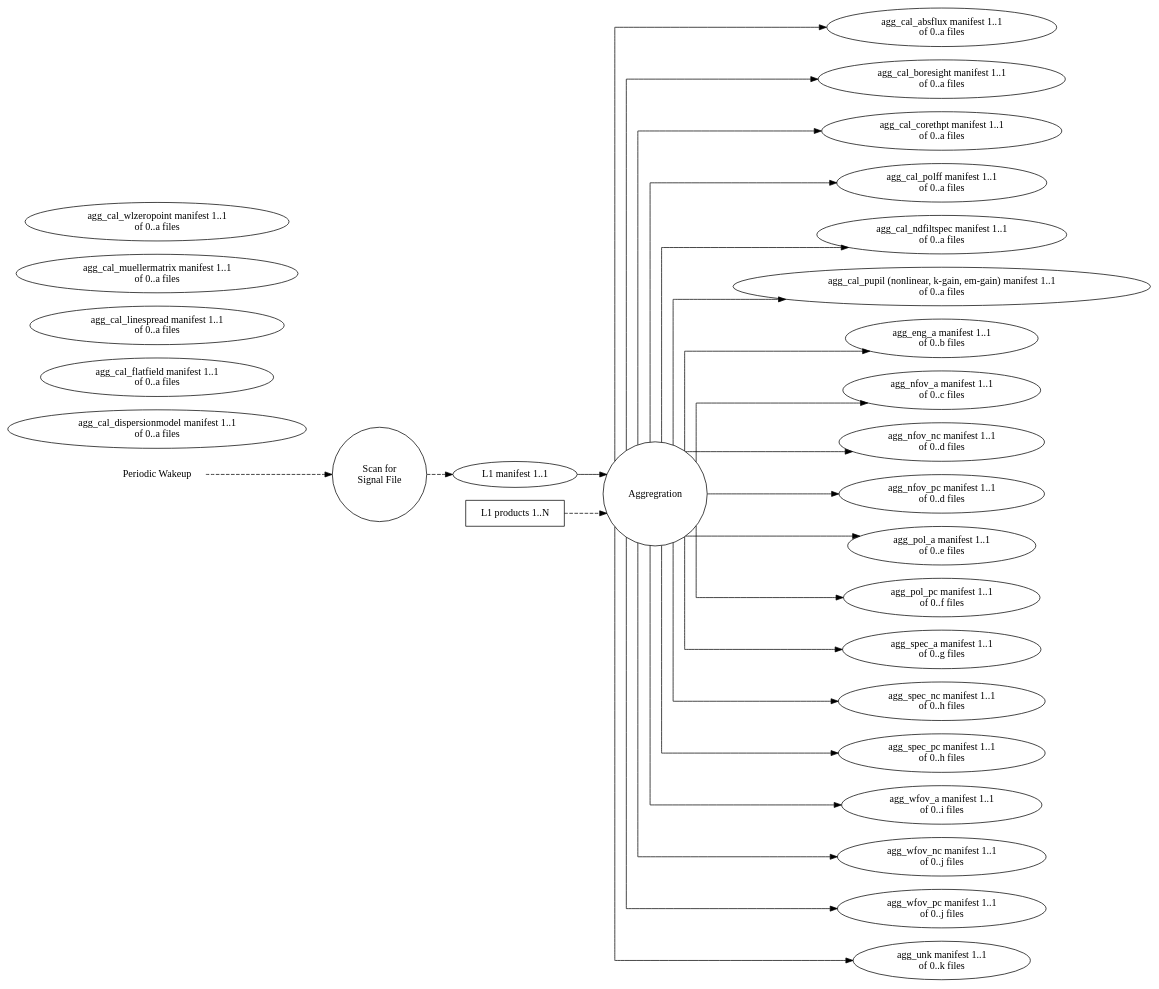
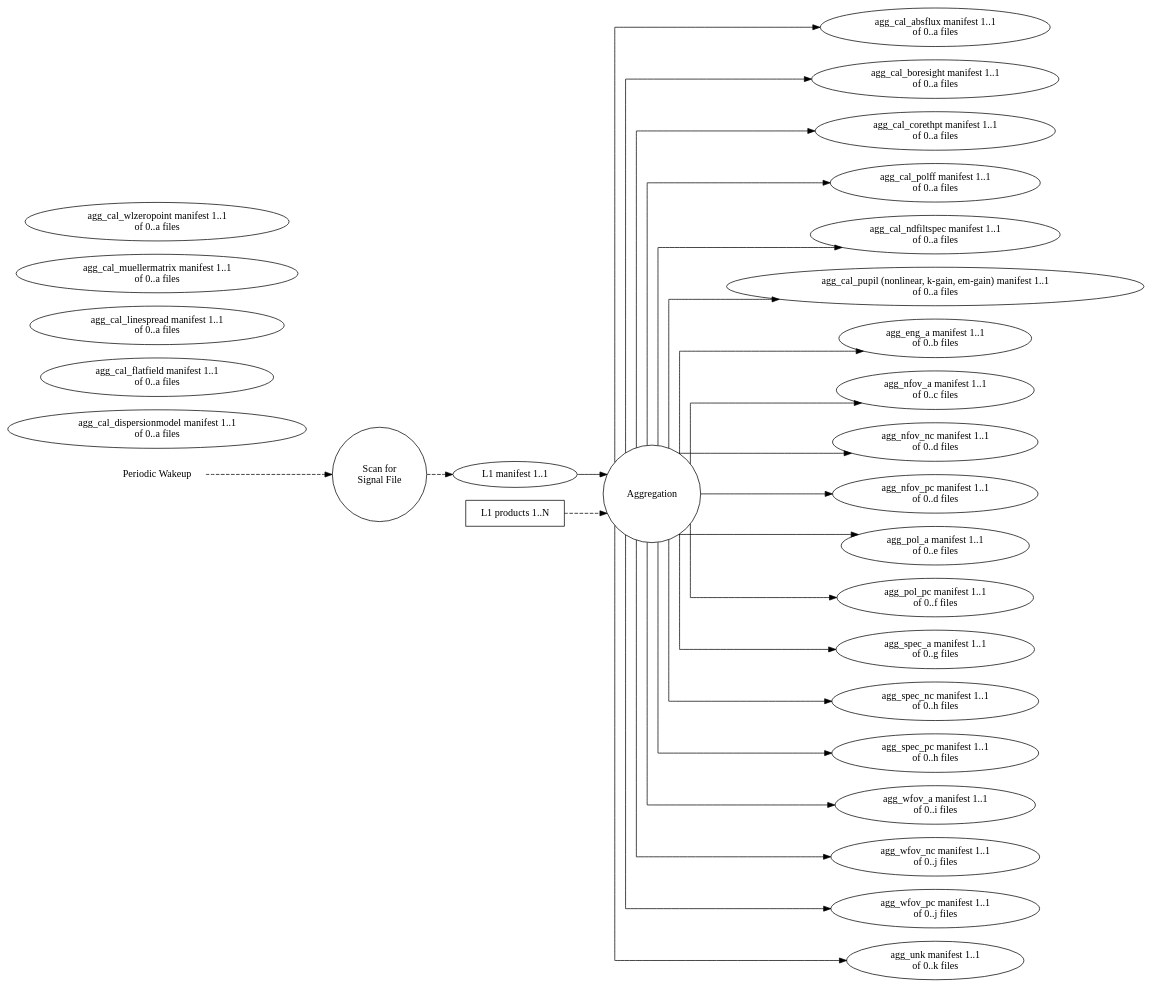
One commit to roman-corgi/ctc-dip changed the diagram in dip/basis/ck_agg.dot. Above: the diagram before and after it, drawn with Graphviz. The commit also changed 1 other file, not shown here.

```diff
--- a/dip/basis/ck_agg.dot
+++ b/dip/basis/ck_agg.dot
@@ -1,139 +1,139 @@
-digraph AggregrationDesign
+digraph AggregationDesign
 {
     graph [splines="ortho", rankdir=LR];
 
     alarm [label="Periodic Wakeup", shape="none"];
     scan [label="Scan for\nSignal File", shape="circle"];
     
-    agg_sort [label="Aggregration", shape="circle",
-              runname="clerk.aggregration"
+    agg_sort [label="Aggregation", shape="circle",
+              runname="clerk.aggregation"
               runtype="dawgie.Algorithm"
               fsmtype="dip.clerk.impls.categorization.AggFSM"];
     
     agg_data [label="L1 products 1..N", shape="rectangle"];
     agg_man [label="L1 manifest 1..1", shape="ellipse",
              valname="clerk.scan.inbound.aggregate",
              valtype="dip.base.Manifest"];
 
     agg_cal_absflux_man [label="agg_cal_absflux manifest 1..1\nof 0..a files",
                          shape="ellipse",
-                         valname="clerk.aggregration.channel.cal_absflux",
+                         valname="clerk.aggregation.channel.cal_absflux",
                          valtype="dip.base.Manifest"];
     agg_cal_boresight_man [label="agg_cal_boresight manifest 1..1\nof 0..a files",
                            shape="ellipse",
-                           valname="clerk.aggregration.channel.cal_boresight",
+                           valname="clerk.aggregation.channel.cal_boresight",
                            valtype="dip.base.Manifest"];
     agg_cal_corethpt_man [label="agg_cal_corethpt manifest 1..1\nof 0..a files",
                           shape="ellipse",
-                          valname="clerk.aggregration.channel.cal_corethpt",
+                          valname="clerk.aggregation.channel.cal_corethpt",
                           valtype="dip.base.Manifest"];
     agg_cal_dpm_man [label="agg_cal_dispersionmodel manifest 1..1\nof 0..a files",
                      shape="ellipse",
-                     valname="clerk.aggregration.channel.cal_dispersionmodel",
+                     valname="clerk.aggregation.channel.cal_dispersionmodel",
                      valtype="dip.base.Manifest"];
     agg_cal_ff_man [label="agg_cal_flatfield manifest 1..1\nof 0..a files",
                     shape="ellipse",
-                    valname="clerk.aggregration.channel.cal_flatfield",
+                    valname="clerk.aggregation.channel.cal_flatfield",
                     valtype="dip.base.Manifest"];
     agg_cal_polff_man [label="agg_cal_polff manifest 1..1\nof 0..a files",
                        shape="ellipse",
-                       valname="clerk.aggregration.channel.cal_polff",
+                       valname="clerk.aggregation.channel.cal_polff",
                        valtype="dip.base.Manifest"];
     agg_cal_lsf_man [label="agg_cal_linespread manifest 1..1\nof 0..a files",
                      shape="ellipse",
-                     valname="clerk.aggregration.channel.cal_linespread",
+                     valname="clerk.aggregation.channel.cal_linespread",
                      valtype="dip.base.Manifest"];
     agg_cal_mm_man [label="agg_cal_muellermatrix manifest 1..1\nof 0..a files",
                     shape="ellipse",
-                    valname="clerk.aggregration.channel.cal_muellermatrix",
+                    valname="clerk.aggregation.channel.cal_muellermatrix",
                     valtype="dip.base.Manifest"];
     agg_cal_ndfiltspec_man [label="agg_cal_ndfiltspec manifest 1..1\nof 0..a files",
                             shape="ellipse",
-                            valname="clerk.aggregration.channel.cal_ndfiltspec",
+                            valname="clerk.aggregation.channel.cal_ndfiltspec",
                             valtype="dip.base.Manifest"];
     agg_cal_pupil_man [label="agg_cal_pupil (nonlinear, k-gain, em-gain) manifest 1..1\nof 0..a files",
                        shape="ellipse",
-                       valname="clerk.aggregration.channel.cal_pupil",
+                       valname="clerk.aggregation.channel.cal_pupil",
                        valtype="dip.base.Manifest"];
     agg_cal_wzp_man [label="agg_cal_wlzeropoint manifest 1..1\nof 0..a files",
                      shape="ellipse",
-                     valname="clerk.aggregration.channel.cal_wlzeropoint",
+                     valname="clerk.aggregation.channel.cal_wlzeropoint",
                      valtype="dip.base.Manifest"];
     agg_eng_a_man [label="agg_eng_a manifest 1..1\nof 0..b files",
                    shape="ellipse",
-                   valname="clerk.aggregration.channel.eng_a",
+                   valname="clerk.aggregation.channel.eng_a",
                    valtype="dip.base.Manifest"];
     agg_nfov_a_man [label="agg_nfov_a manifest 1..1\nof 0..c files",
                     shape="ellipse",
-                    valname="clerk.aggregration.channel.nfov_a",
+                    valname="clerk.aggregation.channel.nfov_a",
                     valtype="dip.base.Manifest"];
     agg_nfov_nc_man [label="agg_nfov_nc manifest 1..1\nof 0..d files",
                      shape="ellipse",
-                     valname="clerk.aggregration.channel.nfov_nc",
+                     valname="clerk.aggregation.channel.nfov_nc",
                      valtype="dip.base.Manifest"];
     agg_nfov_pc_man [label="agg_nfov_pc manifest 1..1\nof 0..d files",
                      shape="ellipse",
-                     valname="clerk.aggregration.channel.nfov_pc",
+                     valname="clerk.aggregation.channel.nfov_pc",
                      valtype="dip.base.Manifest"];
     agg_pol_a_man [label="agg_pol_a manifest 1..1\nof 0..e files",
                    shape="ellipse",
-                   valname="clerk.aggregration.channel.pol_a",
+                   valname="clerk.aggregation.channel.pol_a",
                    valtype="dip.base.Manifest"];
     agg_pol_pc_man [label="agg_pol_pc manifest 1..1\nof 0..f files",
                     shape="ellipse",
-                    valname="clerk.aggregration.channel.pol_pc",
+                    valname="clerk.aggregation.channel.pol_pc",
                     valtype="dip.base.Manifest"];
     agg_spec_a_man [label="agg_spec_a manifest 1..1\nof 0..g files",
                     shape="ellipse",
-                    valname="clerk.aggregration.channel.spec_a",
+                    valname="clerk.aggregation.channel.spec_a",
                     valtype="dip.base.Manifest"];
     agg_spec_nc_man [label="agg_spec_nc manifest 1..1\nof 0..h files",
                      shape="ellipse",
-                     valname="clerk.aggregration.channel.spec_nc",
+                     valname="clerk.aggregation.channel.spec_nc",
                      valtype="dip.base.Manifest"];
     agg_spec_pc_man [label="agg_spec_pc manifest 1..1\nof 0..h files",
                      shape="ellipse",
-                     valname="clerk.aggregration.channel.spec_pc",
+                     valname="clerk.aggregation.channel.spec_pc",
                      valtype="dip.base.Manifest"];
     agg_wfov_a_man [label="agg_wfov_a manifest 1..1\nof 0..i files",
                     shape="ellipse",
-                    valname="clerk.aggregration.channel.wfov_a",
+                    valname="clerk.aggregation.channel.wfov_a",
                     valtype="dip.base.Manifest"];
     agg_wfov_nc_man [label="agg_wfov_nc manifest 1..1\nof 0..j files",
                      shape="ellipse",
-                     valname="clerk.aggregration.channel.wfov_nc",
+                     valname="clerk.aggregation.channel.wfov_nc",
                      valtype="dip.base.Manifest"];
     agg_wfov_pc_man [label="agg_wfov_pc manifest 1..1\nof 0..j files",
                      shape="ellipse",
-                     valname="clerk.aggregration.channel.wfov_pc",
+                     valname="clerk.aggregation.channel.wfov_pc",
                      valtype="dip.base.Manifest"];
     agg_unk_man [label="agg_unk manifest 1..1\nof 0..k files",
                  shape="ellipse",
-                 valname="clerk.aggregration.channel.unk",
+                 valname="clerk.aggregation.channel.unk",
                  valtype="dip.base.Manifest"];
 
     alarm -> scan [style="dashed"];
     scan -> agg_man [style="dashed"];
     agg_data -> agg_sort [style="dashed"];
     agg_man -> agg_sort;
 
     agg_sort -> agg_cal_absflux_man;
     agg_sort -> agg_cal_boresight_man;
     agg_sort -> agg_cal_corethpt_man;
     agg_sort -> agg_cal_polff_man;
     agg_sort -> agg_cal_ndfiltspec_man;
     agg_sort -> agg_cal_pupil_man;
     agg_sort -> agg_eng_a_man;
     agg_sort -> agg_nfov_a_man;
     agg_sort -> agg_nfov_nc_man;
     agg_sort -> agg_nfov_pc_man;
     agg_sort -> agg_pol_a_man;
     agg_sort -> agg_pol_pc_man;
     agg_sort -> agg_spec_a_man;
     agg_sort -> agg_spec_nc_man;
     agg_sort -> agg_spec_pc_man;
     agg_sort -> agg_wfov_a_man;
     agg_sort -> agg_wfov_nc_man;
     agg_sort -> agg_wfov_pc_man;
     agg_sort -> agg_unk_man;
 }
```
